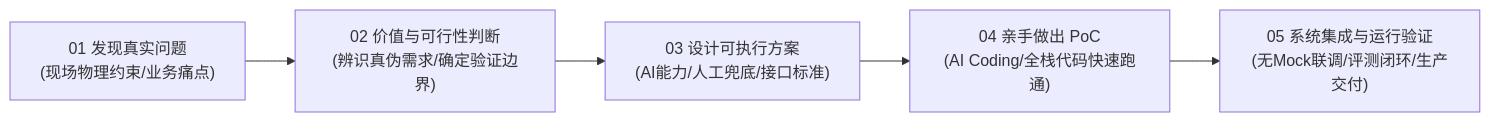
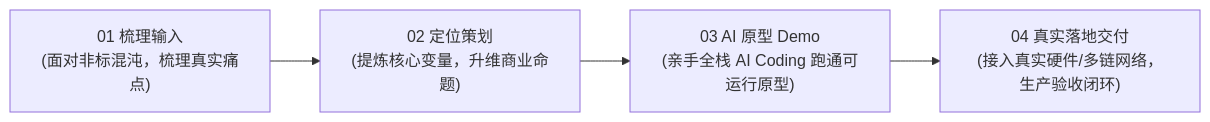
One commit to lx00018310/lx00018310.github.io changed the diagram in README.md. Above: the diagram before and after it, drawn with Mermaid. The commit also changed other lines of this file and 3 other files, not shown here.

````diff
--- a/README.md
+++ b/README.md
@@ -31,7 +20,6 @@
 ```mermaid
 flowchart LR
-    A["01 发现真实问题<br/>(现场物理约束/业务痛点)"] --> B["02 价值与可行性判断<br/>(辨识真伪需求/确定验证边界)"]
-    B --> C["03 设计可执行方案<br/>(AI能力/人工兜底/接口标准)"]
-    C --> D["04 亲手做出 PoC<br/>(AI Coding/全栈代码快速跑通)"]
-    D --> E["05 系统集成与运行验证<br/>(无Mock联调/评测闭环/生产交付)"]
+    A["01 梳理输入<br/>(面对非标混沌，梳理真实痛点)"] --> B["02 定位策划<br/>(提炼核心变量，升维商业命题)"]
+    B --> C["03 AI 原型 Demo<br/>(亲手全栈 AI Coding 跑通可运行原型)"]
+    C --> D["04 真实落地交付<br/>(接入真实硬件/多链网络，生产验收闭环)"]
 ```
````
